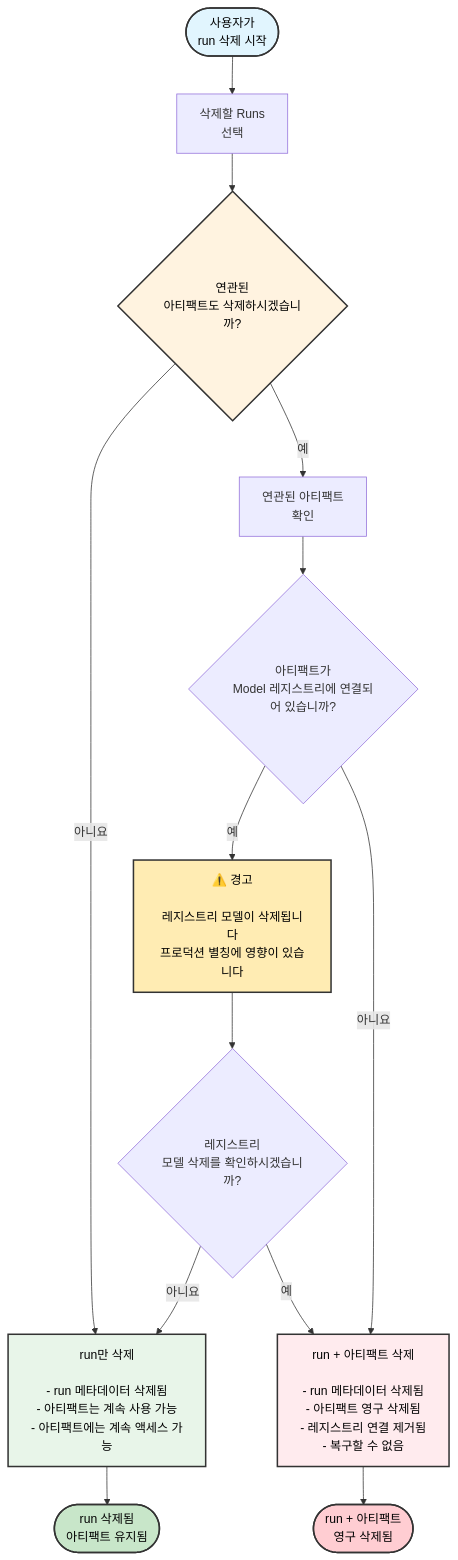
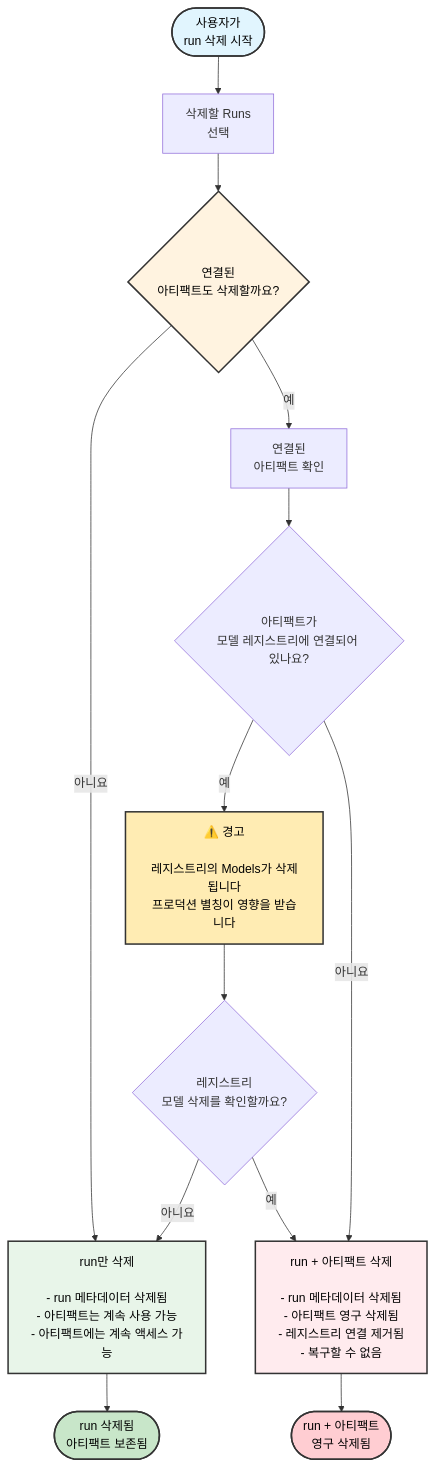
Before and after one commit to wandb/docs: the diagram in ko/models/runs/delete-runs.mdx, drawn with Mermaid. The commit also changed other lines of this file and 149 other files, not shown here.

````diff
--- a/ko/models/runs/delete-runs.mdx
+++ b/ko/models/runs/delete-runs.mdx
@@ -57,22 +58,22 @@
 ```mermaid
 graph TB
     Start([사용자가<br/>run 삭제 시작]) --> RunSelect[삭제할 Runs<br/>선택]
-    RunSelect --> DeletePrompt{연관된<br/>아티팩트도 삭제하시겠습니까?}
+    RunSelect --> DeletePrompt{연결된<br/>아티팩트도 삭제할까요?}
     DeletePrompt -->|아니요| DeleteRunOnly[run만 삭제<br/><br/>- run 메타데이터 삭제됨<br/>- 아티팩트는 계속 사용 가능<br/>- 아티팩트에는 계속 액세스 가능]
-    DeletePrompt -->|예| CheckArtifacts[연관된 아티팩트<br/>확인]
-    CheckArtifacts --> HasRegistry{아티팩트가<br/>Model 레지스트리에 연결되어 있습니까?}
-    HasRegistry -->|예| RegistryWarning[⚠️ 경고<br/><br/>레지스트리 모델이 삭제됩니다<br/>프로덕션 별칭에 영향이 있습니다]
+    DeletePrompt -->|예| CheckArtifacts[연결된<br/>아티팩트 확인]
+    CheckArtifacts --> HasRegistry{아티팩트가<br/>모델 레지스트리에 연결되어 있나요?}
+    HasRegistry -->|예| RegistryWarning[⚠️ 경고<br/><br/>레지스트리의 Models가 삭제됩니다<br/>프로덕션 별칭이 영향을 받습니다]
     HasRegistry -->|아니요| DirectDelete
-    RegistryWarning --> ConfirmRegistry{레지스트리<br/>모델 삭제를 확인하시겠습니까?}
+    RegistryWarning --> ConfirmRegistry{레지스트리<br/>모델 삭제를 확인할까요?}
     ConfirmRegistry -->|아니요| DeleteRunOnly
     ConfirmRegistry -->|예| DirectDelete[run + 아티팩트 삭제<br/><br/>- run 메타데이터 삭제됨<br/>- 아티팩트 영구 삭제됨<br/>- 레지스트리 연결 제거됨<br/>- 복구할 수 없음]
-    DeleteRunOnly --> PartialEnd([run 삭제됨<br/>아티팩트 유지됨])
+    DeleteRunOnly --> PartialEnd([run 삭제됨<br/>아티팩트 보존됨])
     DirectDelete --> FullEnd([run + 아티팩트<br/>영구 삭제됨])
     style Start fill:#e1f5fe,stroke:#333,stroke-width:2px,color:#000
     style DeletePrompt fill:#fff3e0,stroke:#333,stroke-width:2px,color:#000
     style RegistryWarning fill:#ffecb3,stroke:#333,stroke-width:2px,color:#000
     style DirectDelete fill:#ffebee,stroke:#333,stroke-width:2px,color:#000
     style DeleteRunOnly fill:#e8f5e9,stroke:#333,stroke-width:2px,color:#000
     style PartialEnd fill:#c8e6c9,stroke:#333,stroke-width:2px,color:#000
     style FullEnd fill:#ffcdd2,stroke:#333,stroke-width:2px,color:#000
 ```
````
